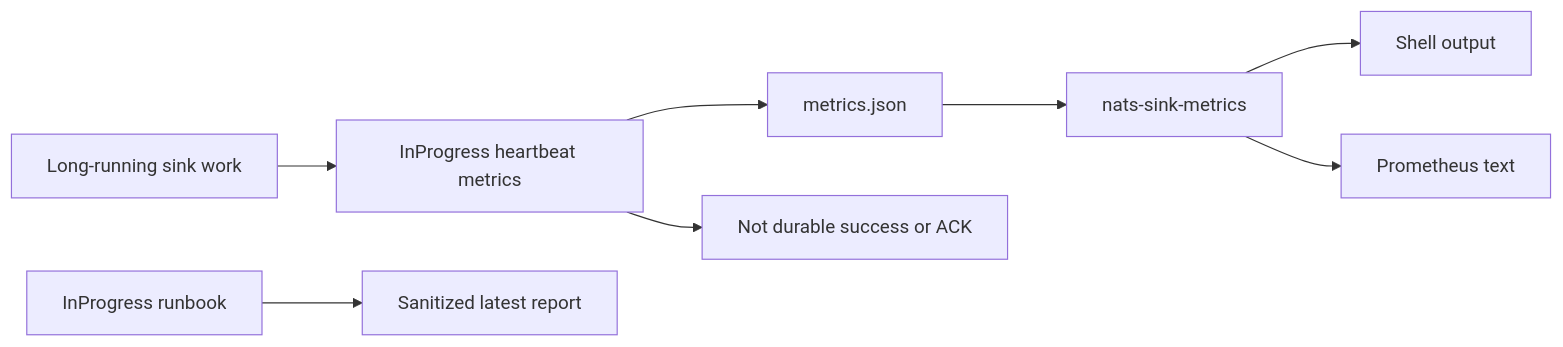
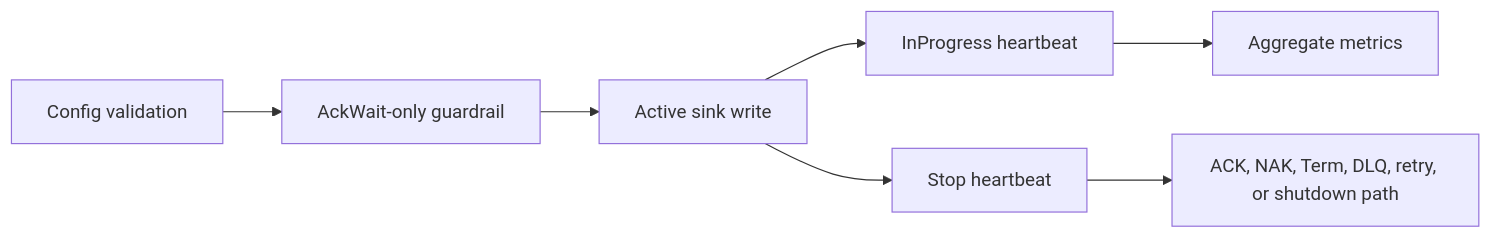
One commit to ProjectCuillin/nats-sinks changed the diagram in docs/test-report.md. Above: the diagram before and after it, drawn with Mermaid. The commit also changed other lines of this file and 16 other files, not shown here.

Commit message:
Add optional InProgress heartbeat

````diff
--- a/docs/test-report.md
+++ b/docs/test-report.md
@@ -32,10 +32,9 @@
 ```mermaid
 flowchart LR
-    Work[Long-running sink work] --> Heartbeat[InProgress heartbeat metrics]
-    Heartbeat --> Snapshot[metrics.json]
-    Snapshot --> CLI[nats-sink-metrics]
-    CLI --> Shell[Shell output]
-    CLI --> Prom[Prometheus text]
-    Heartbeat --> Guardrail[Not durable success or ACK]
-    Docs[InProgress runbook] --> Report[Sanitized latest report]
+    Config[Config validation] --> Guardrail[AckWait-only guardrail]
+    Guardrail --> Write[Active sink write]
+    Write --> Heartbeat[InProgress heartbeat]
+    Heartbeat --> Metrics[Aggregate metrics]
+    Write --> Stop[Stop heartbeat]
+    Stop --> Final[ACK, NAK, Term, DLQ, retry, or shutdown path]
 ```
````
